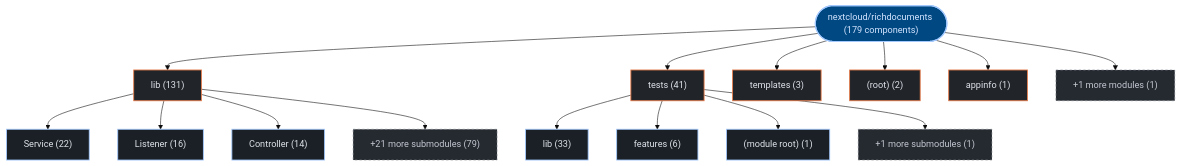
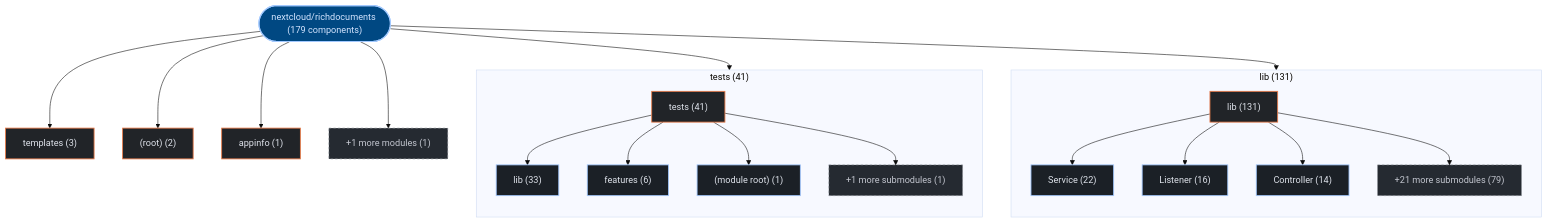
The first of 3 diagrams in exports/latest/reports/nextcloud-richdocuments-report.md (kumarshaz/atruss-code-atlas), drawn with Mermaid (base theme) before and after one commit. The commit also changed 178 other files, not shown here.

Commit message:
feat(ui,mermaid): upgrade to mermaid v12 + ELK layout, add orgs-summary + pagination, subgraph building blocks, fix tab alignment

````diff
--- a/exports/latest/reports/nextcloud-richdocuments-report.md
+++ b/exports/latest/reports/nextcloud-richdocuments-report.md
@@ -42,39 +42,45 @@
 ```mermaid
 graph TD;
   classDef atlasRoot fill:#004882,stroke:#a3c9ff,stroke-width:2px,color:#d3e4ff
   classDef atlasCategory fill:#212428,stroke:#E87A48,stroke-width:1.5px,color:#dfe3eb
   classDef atlasWorkflow fill:#1b2026,stroke:#a3c9ff,stroke-width:1.5px,color:#dfe3eb
   classDef atlasJob fill:#171c22,stroke:#8d9199,stroke-width:1px,color:#dfe3eb
   classDef atlasTarget fill:#005227,stroke:#8bd99b,stroke-width:1.5px,color:#a7f6b6
   classDef atlasAlert fill:#93000a,stroke:#ffb4ab,stroke-width:1.5px,color:#ffdad6
   classDef atlasMore fill:#252a31,stroke:#8d9199,stroke-dasharray:4 4,color:#c3c6cf
     repo_root(["nextcloud/richdocuments (179 components)"]):::atlasRoot
-    dir_0_lib["lib (131)"]:::atlasCategory
+    subgraph sg_dir_0_lib["lib (131)"]
+      direction TB
+      dir_0_lib["lib (131)"]:::atlasCategory
+      sub_0_0_Service["Service (22)"]:::atlasWorkflow
+      dir_0_lib --> sub_0_0_Service
+      sub_0_1_Listener["Listener (16)"]:::atlasWorkflow
+      dir_0_lib --> sub_0_1_Listener
+      sub_0_2_Controller["Controller (14)"]:::atlasWorkflow
+      dir_0_lib --> sub_0_2_Controller
+      sub_0_more["+21 more submodules (79)"]:::atlasMore
+      dir_0_lib --> sub_0_more
+    end
     repo_root --> dir_0_lib
-    sub_0_0_Service["Service (22)"]:::atlasWorkflow
-    dir_0_lib --> sub_0_0_Service
-    sub_0_1_Listener["Listener (16)"]:::atlasWorkflow
-    dir_0_lib --> sub_0_1_Listener
-    sub_0_2_Controller["Controller (14)"]:::atlasWorkflow
-    dir_0_lib --> sub_0_2_Controller
-    sub_0_more["+21 more submodules (79)"]:::atlasMore
-    dir_0_lib --> sub_0_more
-    dir_1_tests["tests (41)"]:::atlasCategory
+    subgraph sg_dir_1_tests["tests (41)"]
+      direction TB
+      dir_1_tests["tests (41)"]:::atlasCategory
+      sub_1_0_lib["lib (33)"]:::atlasWorkflow
+      dir_1_tests --> sub_1_0_lib
+      sub_1_1_features["features (6)"]:::atlasWorkflow
+      dir_1_tests --> sub_1_1_features
+      sub_1_2__module_root_["(module root) (1)"]:::atlasWorkflow
+      dir_1_tests --> sub_1_2__module_root_
+      sub_1_more["+1 more submodules (1)"]:::atlasMore
+      dir_1_tests --> sub_1_more
+    end
     repo_root --> dir_1_tests
-    sub_1_0_lib["lib (33)"]:::atlasWorkflow
-    dir_1_tests --> sub_1_0_lib
-    sub_1_1_features["features (6)"]:::atlasWorkflow
-    dir_1_tests --> sub_1_1_features
-    sub_1_2__module_root_["(module root) (1)"]:::atlasWorkflow
-    dir_1_tests --> sub_1_2__module_root_
-    sub_1_more["+1 more submodules (1)"]:::atlasMore
-    dir_1_tests --> sub_1_more
     dir_2_templates["templates (3)"]:::atlasCategory
     repo_root --> dir_2_templates
     dir_3__root_["(root) (2)"]:::atlasCategory
     repo_root --> dir_3__root_
     dir_4_appinfo["appinfo (1)"]:::atlasCategory
     repo_root --> dir_4_appinfo
     dir_other_modules["+1 more modules (1)"]:::atlasMore
     repo_root --> dir_other_modules
 ```
````
